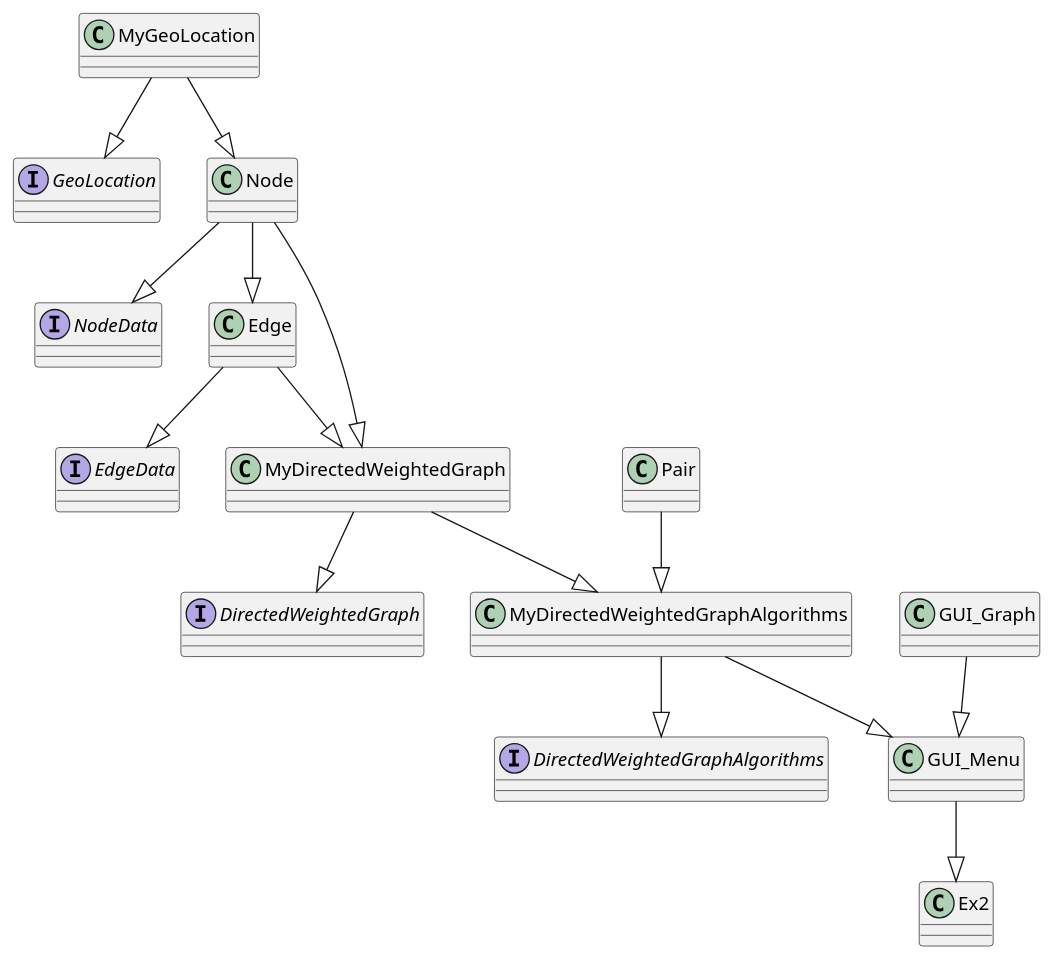
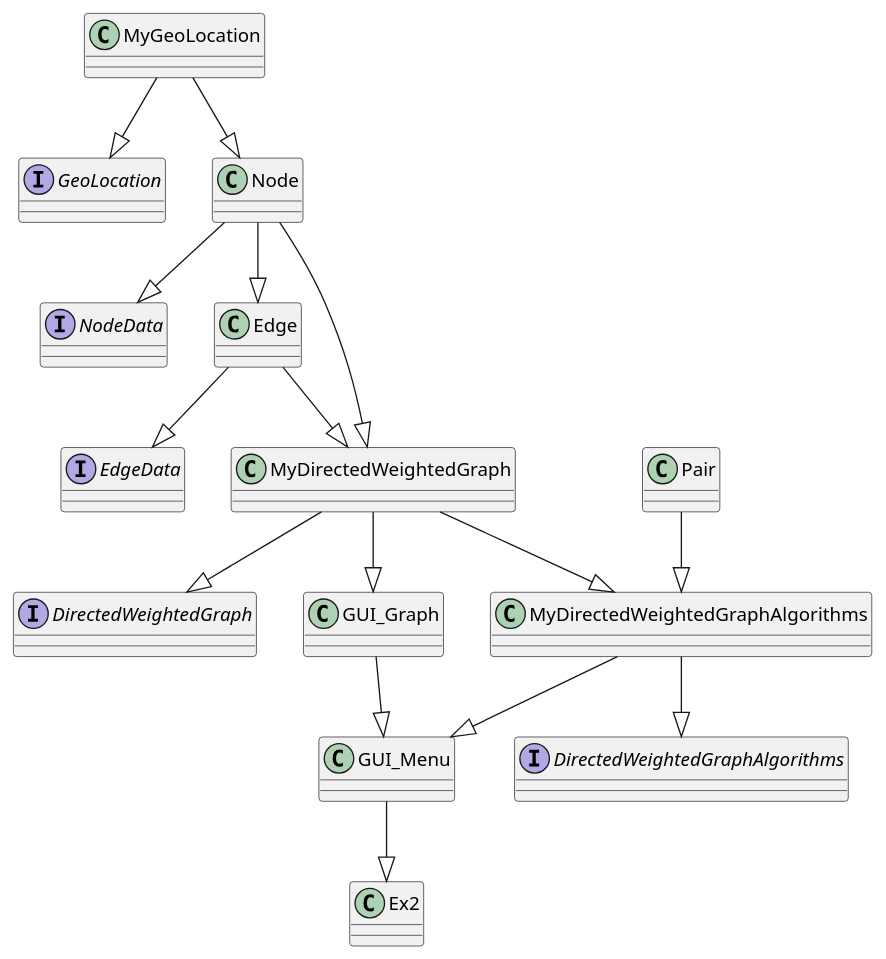
Before and after one commit to haimgoldfisher/OOP_Ex2: the diagram in diagram.puml, drawn with PlantUML. The commit also changed 12 other files, not shown here.

```diff
--- a/diagram.puml
+++ b/diagram.puml
@@ -1,93 +1,94 @@
 @startuml
 
 'https://plantuml.com/sequence-diagram
 
 interface GeoLocation
 {
 
 }
 
 class MyGeoLocation
 {
 
 }
 
 interface NodeData
 {
 
 }
 
 class Node
 {
 
 }
 
 interface EdgeData
 {
 
 }
 
 class Edge
 {
 
 }
 
 interface DirectedWeightedGraph
 {
 
 }
 
 class MyDirectedWeightedGraph
 {
 
 }
 
 class Pair
 {
 
 }
 
 interface DirectedWeightedGraphAlgorithms
 {
 
 
 }
 
 class MyDirectedWeightedGraphAlgorithms
 {
 
 
 }
 
 class GUI_Graph
 {
 
 
 }
 
 class GUI_Menu
 {
 
 }
 
 class Ex2
 {
 
 }
 
 MyGeoLocation --|> GeoLocation
 MyGeoLocation --|> Node
 Node --|> NodeData
 Node --|> Edge
 Node --|> MyDirectedWeightedGraph
 Edge --|> EdgeData
 Edge --|> MyDirectedWeightedGraph
 MyDirectedWeightedGraph --|> DirectedWeightedGraph
 MyDirectedWeightedGraph --|> MyDirectedWeightedGraphAlgorithms
+MyDirectedWeightedGraph --|> GUI_Graph
 Pair --|> MyDirectedWeightedGraphAlgorithms
 MyDirectedWeightedGraphAlgorithms --|> DirectedWeightedGraphAlgorithms
 MyDirectedWeightedGraphAlgorithms --|> GUI_Menu
 GUI_Graph --|> GUI_Menu
 GUI_Menu --|> Ex2
 
 @enduml
```
